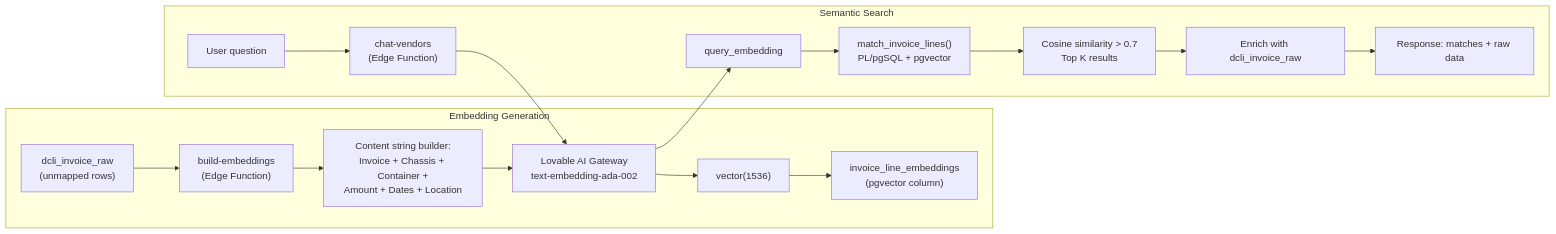
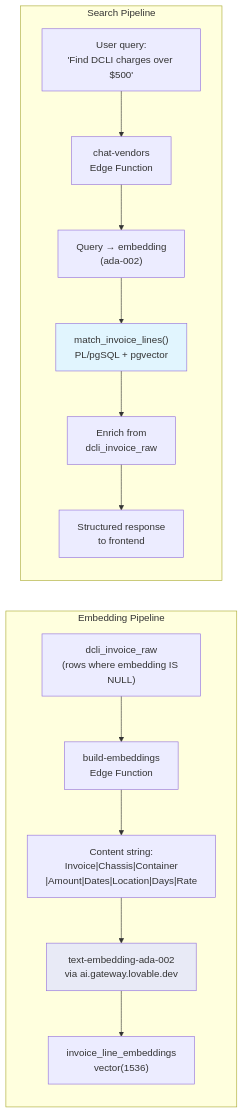
Before and after one commit to RichKingsASU/chassis-compass-navigator: the fifth of 14 diagrams in BUSINESS_LOGIC_REPORT.md, drawn with Mermaid. The commit also changed other lines of this file, not shown here.

First line of the commit message:
Update BUSINESS_LOGIC_REPORT.md with PASS 2 — verified file:line refs, corrected data

````diff
--- a/BUSINESS_LOGIC_REPORT.md
+++ b/BUSINESS_LOGIC_REPORT.md
@@ -544,20 +440,33 @@
 ```mermaid
-graph LR
-    subgraph "Embedding Generation"
-        A["dcli_invoice_raw<br/>(unmapped rows)"] --> B["build-embeddings<br/>(Edge Function)"]
-        B --> C["Content string builder:<br/>Invoice + Chassis + Container +<br/>Amount + Dates + Location"]
-        C --> D["Lovable AI Gateway<br/>text-embedding-ada-002"]
-        D --> E["vector(1536)"]
-        E --> F["invoice_line_embeddings<br/>(pgvector column)"]
+flowchart LR
+    subgraph Build["Embedding Pipeline"]
+        RAW["dcli_invoice_raw<br/>(rows where embedding IS NULL)"]
+        BUILD["build-embeddings<br/>Edge Function"]
+        CONTENT["Content string:<br/>Invoice|Chassis|Container<br/>|Amount|Dates|Location|Days|Rate"]
+        ADA["text-embedding-ada-002<br/>via ai.gateway.lovable.dev"]
+        EMB_TABLE["invoice_line_embeddings<br/>vector(1536)"]
     end
 
-    subgraph "Semantic Search"
-        G["User question"] --> H["chat-vendors<br/>(Edge Function)"]
-        H --> D
-        D --> I["query_embedding"]
-        I --> J["match_invoice_lines()<br/>PL/pgSQL + pgvector"]
-        J --> K["Cosine similarity > 0.7<br/>Top K results"]
-        K --> L["Enrich with dcli_invoice_raw"]
-        L --> M["Response: matches + raw data"]
+    subgraph Query["Search Pipeline"]
+        USER_Q["User query:<br/>'Find DCLI charges over $500'"]
+        CHAT_FN["chat-vendors<br/>Edge Function"]
+        Q_EMB["Query → embedding<br/>(ada-002)"]
+        MATCH["match_invoice_lines()<br/>PL/pgSQL + pgvector"]
+        ENRICH["Enrich from<br/>dcli_invoice_raw"]
+        RESPONSE["Structured response<br/>to frontend"]
     end
+
+    RAW --> BUILD
+    BUILD --> CONTENT
+    CONTENT --> ADA
+    ADA --> EMB_TABLE
+
+    USER_Q --> CHAT_FN
+    CHAT_FN --> Q_EMB
+    Q_EMB --> MATCH
+    MATCH --> ENRICH
+    ENRICH --> RESPONSE
+
+    style ADA fill:#e8eaf6
+    style MATCH fill:#e1f5fe
 ```
````
